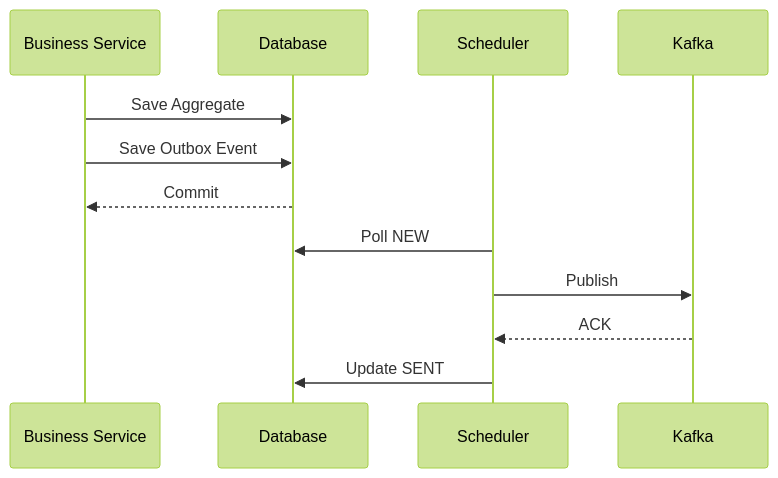
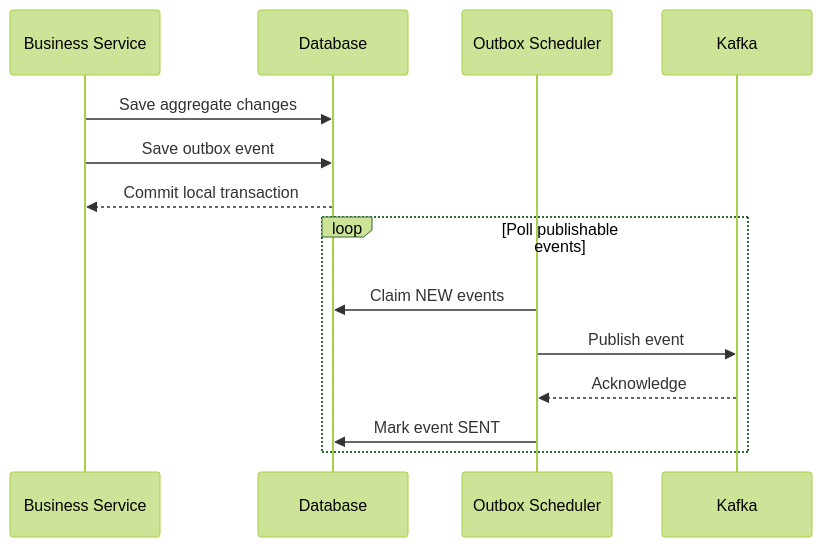
One commit to HuyKunNe/cinema-system changed the fourth of 8 diagrams in docs/13_SEQUENCE_DIAGRAMS.md. Above: the diagram before and after it, drawn with Mermaid (forest theme). The commit also changed other lines of this file and 10 other files, not shown here.

````diff
--- a/docs/13_SEQUENCE_DIAGRAMS.md
+++ b/docs/13_SEQUENCE_DIAGRAMS.md
@@ -71,17 +134,18 @@
 ```mermaid
 sequenceDiagram
+    participant Service as Business Service
+    participant Database
+    participant Scheduler as Outbox Scheduler
+    participant Kafka
 
-Business Service->>Database: Save Aggregate
+    Service->>Database: Save aggregate changes
+    Service->>Database: Save outbox event
+    Database-->>Service: Commit local transaction
 
-Business Service->>Database: Save Outbox Event
-
-Database-->>Business Service: Commit
-
-Scheduler->>Database: Poll NEW
-
-Scheduler->>Kafka: Publish
-
-Kafka-->>Scheduler: ACK
-
-Scheduler->>Database: Update SENT
+    loop Poll publishable events
+        Scheduler->>Database: Claim NEW events
+        Scheduler->>Kafka: Publish event
+        Kafka-->>Scheduler: Acknowledge
+        Scheduler->>Database: Mark event SENT
+    end
 ```
````
